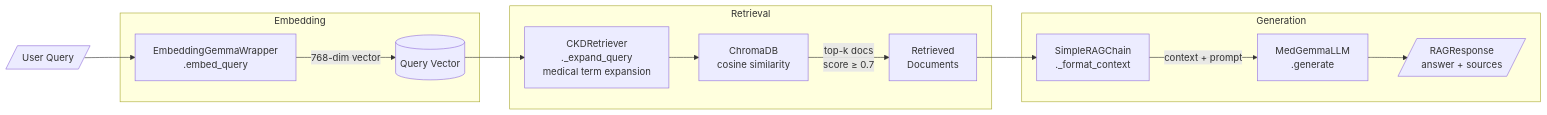
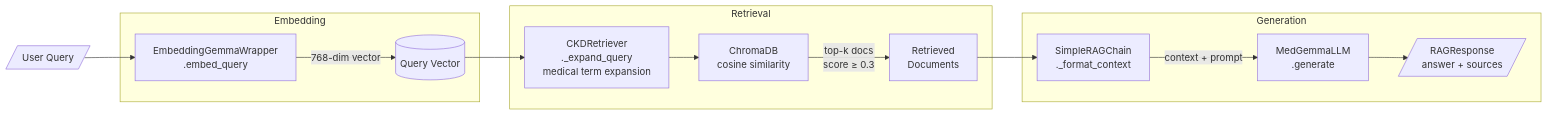
The second of 14 diagrams in docs/architecture.md (ntg2208/medgemma_RAG), drawn with Mermaid before and after one commit. The commit also changed other lines of this file and 20 other files, not shown here.

````diff
--- a/docs/architecture.md
+++ b/docs/architecture.md
@@ -82,21 +82,21 @@
 ```mermaid
 flowchart LR
     Q[/"User Query"/] --> EW
 
     subgraph Embed["Embedding"]
         EW[EmbeddingGemmaWrapper\n.embed_query]
         EW -->|768-dim vector| QV[(Query Vector)]
     end
 
     subgraph Retrieve["Retrieval"]
         QV --> EX[CKDRetriever\n._expand_query\nmedical term expansion]
         EX --> CS[ChromaDB\ncosine similarity]
-        CS -->|top-k docs\nscore ≥ 0.7| RD[Retrieved\nDocuments]
+        CS -->|top-k docs\nscore ≥ 0.3| RD[Retrieved\nDocuments]
     end
 
     subgraph Generate["Generation"]
         RD --> FC[SimpleRAGChain\n._format_context]
         FC -->|context + prompt| LLM[MedGemmaLLM\n.generate]
         LLM --> ANS[/"RAGResponse\nanswer + sources"/]
     end
 ```
````
